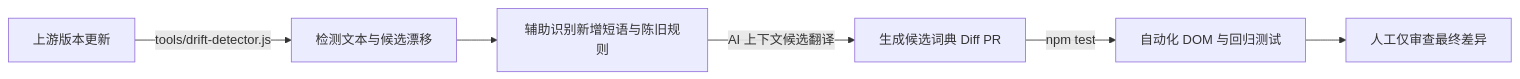
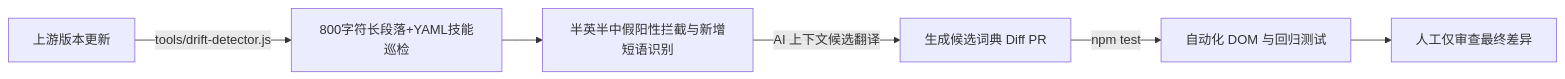
One commit to yiheng8023/antigravity-chinese changed the diagram in README.md. Above: the diagram before and after it, drawn with Mermaid. The commit also changed other lines of this file and 14 other files, not shown here.

````diff
--- a/README.md
+++ b/README.md
@@ -139,8 +142,8 @@
 ```mermaid
 flowchart LR
-    A[上游版本更新] -->|tools/drift-detector.js| B[检测文本与候选漂移]
-    B --> C[辅助识别新增短语与陈旧规则]
+    A[上游版本更新] -->|tools/drift-detector.js| B[800字符长段落+YAML技能巡检]
+    B --> C[半英半中假阳性拦截与新增短语识别]
     C -->|AI 上下文候选翻译| D[生成候选词典 Diff PR]
     D -->|npm test| E[自动化 DOM 与回归测试]
     E --> F[人工仅审查最终差异]
 ```
````
